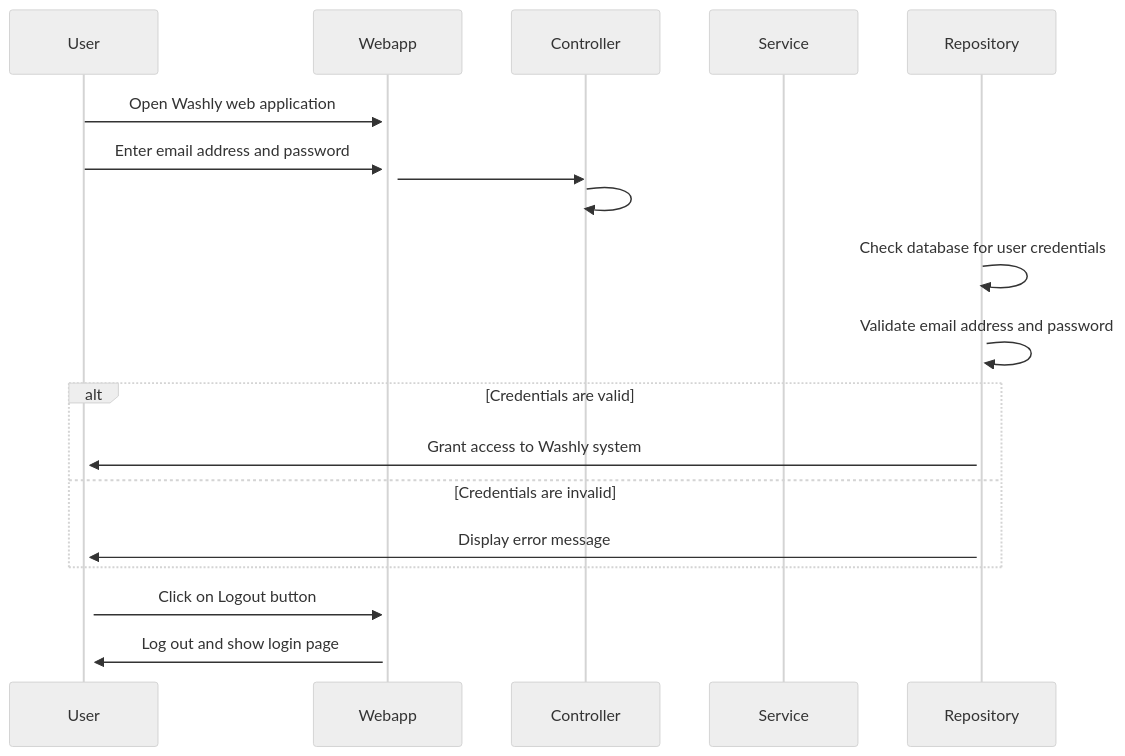
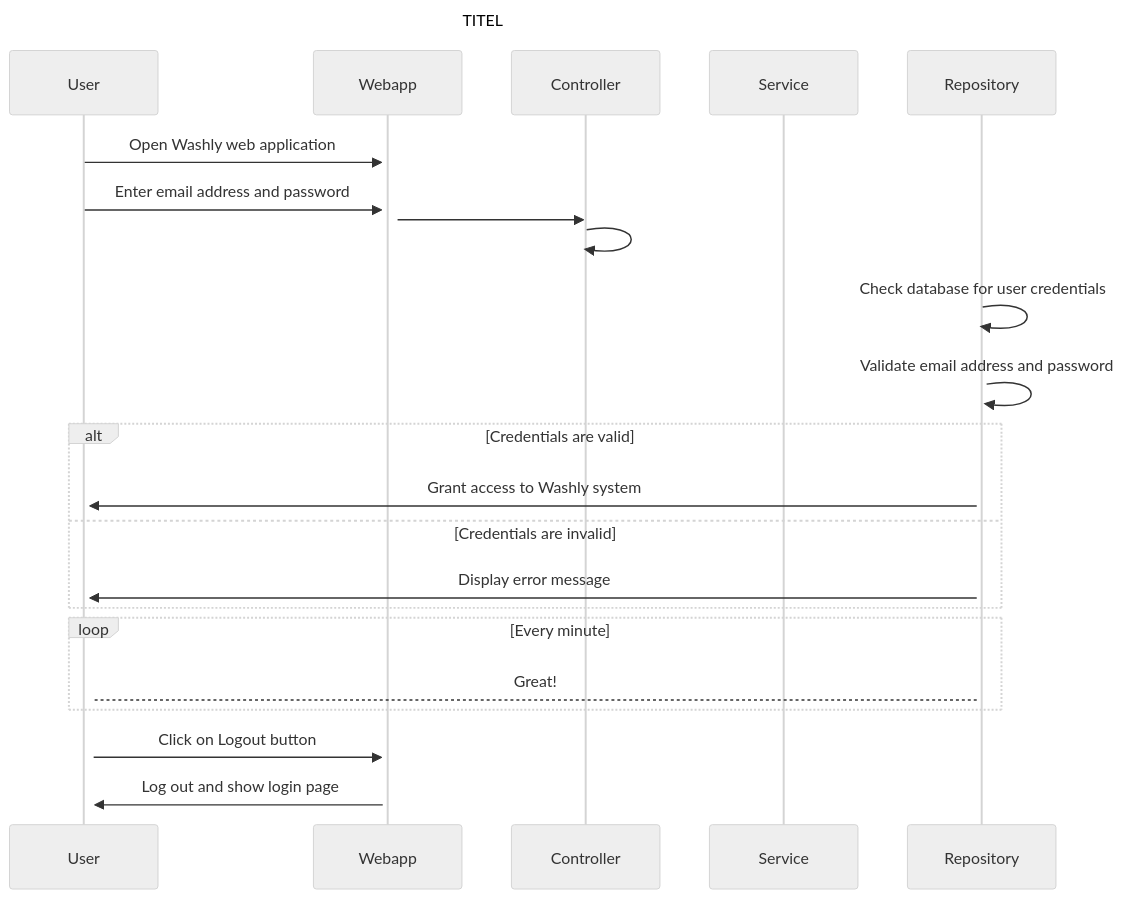
Before and after one commit to PaFu99/SWEN: the diagram in SWEN1/Diagramm-tamplates/Sequenzdiagramm.mmd, drawn with Mermaid (neutral theme). The commit also changed 6 other files, not shown here.

```diff
--- a/SWEN1/Diagramm-tamplates/Sequenzdiagramm.mmd
+++ b/SWEN1/Diagramm-tamplates/Sequenzdiagramm.mmd
@@ -1,20 +1,29 @@
+---
+title: TITEL
+---
+
 sequenceDiagram
     participant User
     participant Webapp
     participant Controller
     participant Service
     participant Repository
 
     User->>+Webapp: Open Washly web application
     User->>+Webapp: Enter email address and password
     Webapp->>Controller: 
     Controller->>Controller: 
     Repository->>+Repository: Check database for user credentials
     Repository->>+Repository: Validate email address and password
     alt Credentials are valid
         Repository->>+User: Grant access to Washly system
     else Credentials are invalid
         Repository->>+User: Display error message
     end
+
+    loop Every minute
+        Repository-->User: Great!
+    end
+    
     User->>+Webapp: Click on Logout button
     Webapp->>+User: Log out and show login page
```
